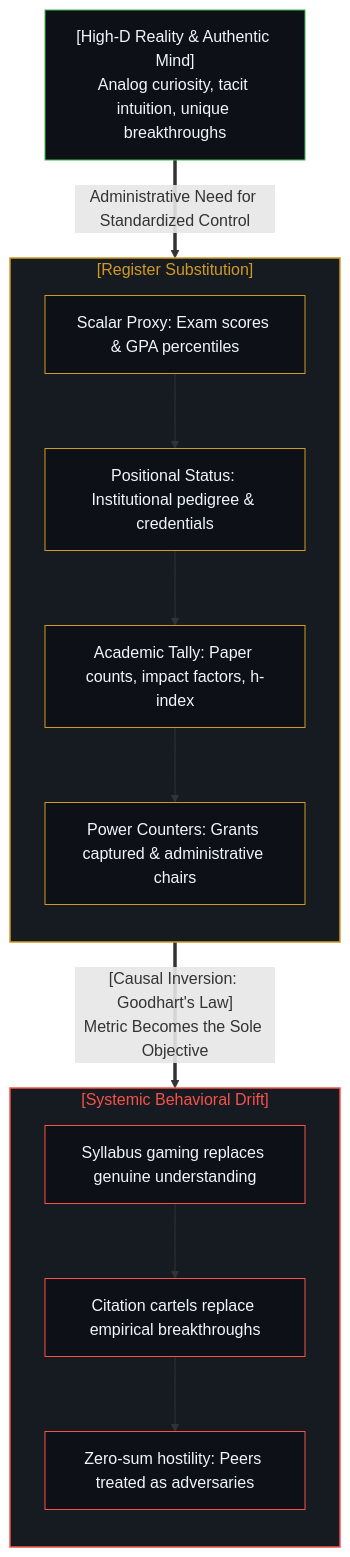
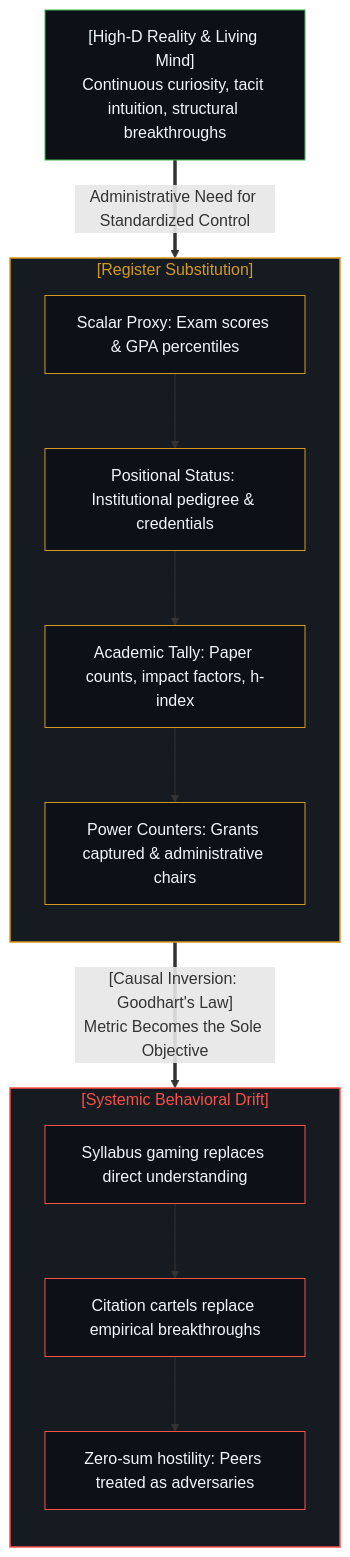
The fourth of 10 diagrams in content/posts/the-reversal-of-education-and-science.md (powerpig99/not-a-toe), drawn with Mermaid before and after one commit. The commit also changed other lines of this file and 2 other files, not shown here.

````diff
--- a/content/posts/the-reversal-of-education-and-science.md
+++ b/content/posts/the-reversal-of-education-and-science.md
@@ -154,36 +143,31 @@
 ```mermaid
 flowchart TD
-    HighDReality["[High-D Reality & Authentic Mind]<br/>Analog curiosity, tacit intuition, unique breakthroughs"]
-    
+    HighDReality["[High-D Reality & Living Mind]<br/>Continuous curiosity, tacit intuition, structural breakthroughs"]
     HighDReality ==>|"Administrative Need for Standardized Control"| S_LowD
-    
     subgraph S_LowD["[Register Substitution]"]
         direction TB
         Metric1["Scalar Proxy: Exam scores & GPA percentiles"]
         Metric2["Positional Status: Institutional pedigree & credentials"]
         Metric3["Academic Tally: Paper counts, impact factors, h-index"]
         Metric4["Power Counters: Grants captured & administrative chairs"]
         Metric1 --> Metric2 --> Metric3 --> Metric4
     end
-    
     S_LowD ==>|"[Causal Inversion: Goodhart's Law]<br/>Metric Becomes the Sole Objective"| S_Drift
-    
     subgraph S_Drift["[Systemic Behavioral Drift]"]
         direction TB
-        DriftA["Syllabus gaming replaces genuine understanding"]
+        DriftA["Syllabus gaming replaces direct understanding"]
         DriftB["Citation cartels replace empirical breakthroughs"]
         DriftC["Zero-sum hostility: Peers treated as adversaries"]
         DriftA --> DriftB --> DriftC
     end
-
     style HighDReality fill:#0d1117,stroke:#3fb950,stroke-width:1px,color:#f0f6fc
     style S_LowD fill:#161b22,stroke:#d29922,stroke-width:1.5px,color:#d29922
     style S_Drift fill:#161b22,stroke:#f85149,stroke-width:1.5px,color:#f85149
     style Metric1 fill:#0d1117,stroke:#d29922,stroke-width:1px,color:#f0f6fc
     style Metric2 fill:#0d1117,stroke:#d29922,stroke-width:1px,color:#f0f6fc
     style Metric3 fill:#0d1117,stroke:#d29922,stroke-width:1px,color:#f0f6fc
     style Metric4 fill:#0d1117,stroke:#d29922,stroke-width:1px,color:#f0f6fc
     style DriftA fill:#0d1117,stroke:#f85149,stroke-width:1px,color:#f0f6fc
     style DriftB fill:#0d1117,stroke:#f85149,stroke-width:1px,color:#f0f6fc
     style DriftC fill:#0d1117,stroke:#f85149,stroke-width:1px,color:#f0f6fc
 ```
````
